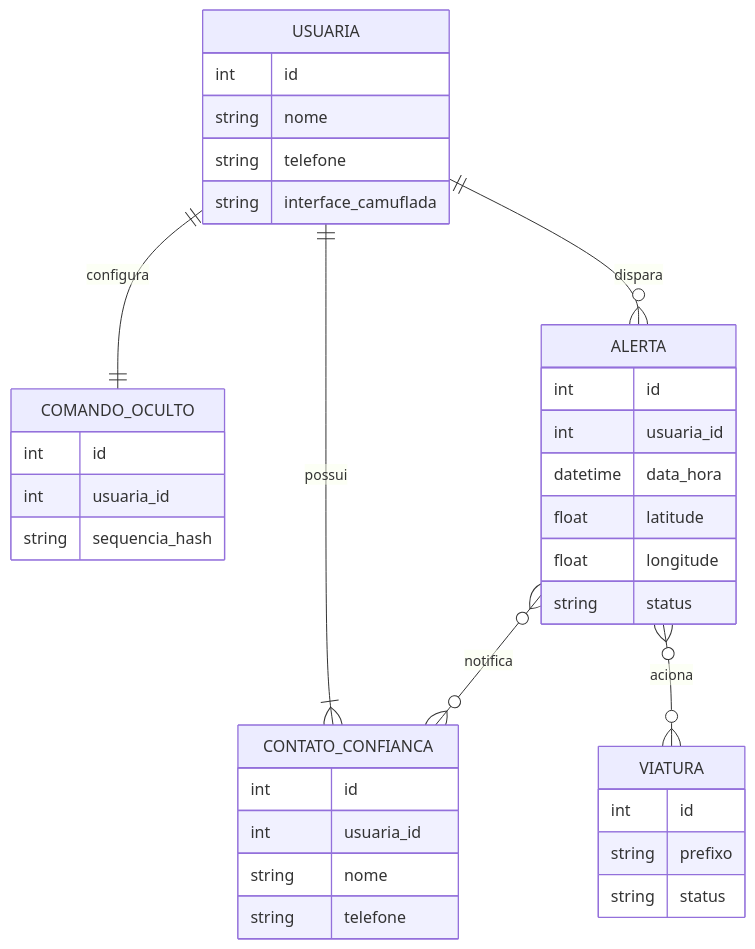
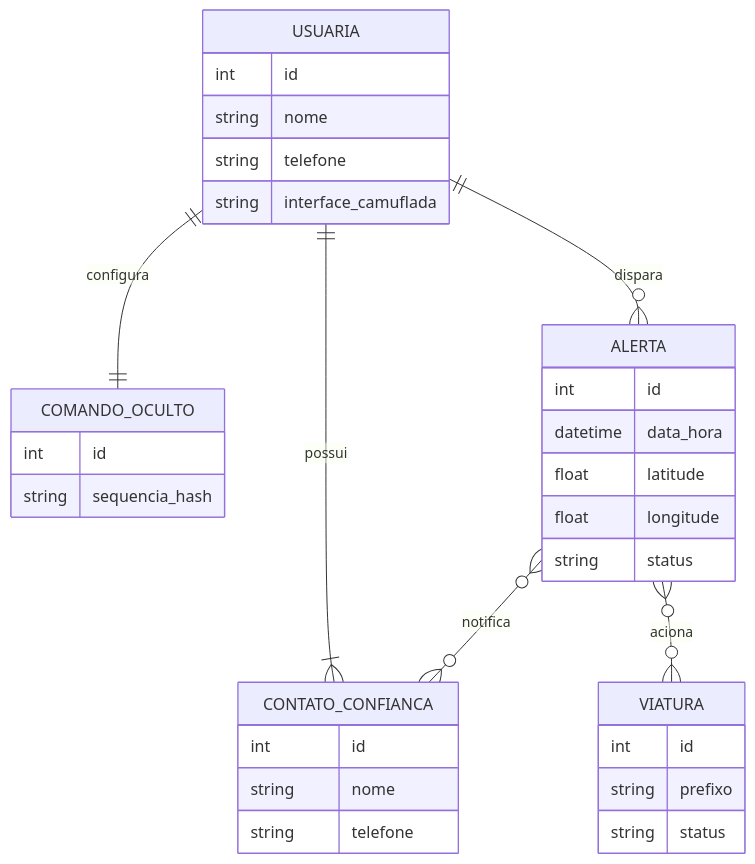
The diagram in documentacao/diagramas.md (ProAtom10/Siren), drawn with Mermaid before and after one commit.

Commit message:
Remove 'usuaria_id' from CONTATO_CONFIANCA and COMANDO_OCULTO
Removed 'usuaria_id' field from multiple diagrams.

````diff
--- a/documentacao/diagramas.md
+++ b/documentacao/diagramas.md
@@ -1,39 +1,36 @@
 ```mermaid
 erDiagram
     USUARIA ||--|{ CONTATO_CONFIANCA : possui
     USUARIA ||--|| COMANDO_OCULTO : configura
     USUARIA ||--o{ ALERTA : dispara
     ALERTA }o--o{ CONTATO_CONFIANCA : notifica
     ALERTA }o--o{ VIATURA : aciona
 
     USUARIA {
         int id 
         string nome
         string telefone
         string interface_camuflada
     }
     CONTATO_CONFIANCA {
         int id 
-        int usuaria_id 
         string nome
         string telefone
     }
     COMANDO_OCULTO {
         int id 
-        int usuaria_id 
         string sequencia_hash
     }
     ALERTA {
         int id 
-        int usuaria_id 
         datetime data_hora
         float latitude
         float longitude
         string status
     }
     VIATURA {
         int id 
         string prefixo
         string status
     }
 ```
````
